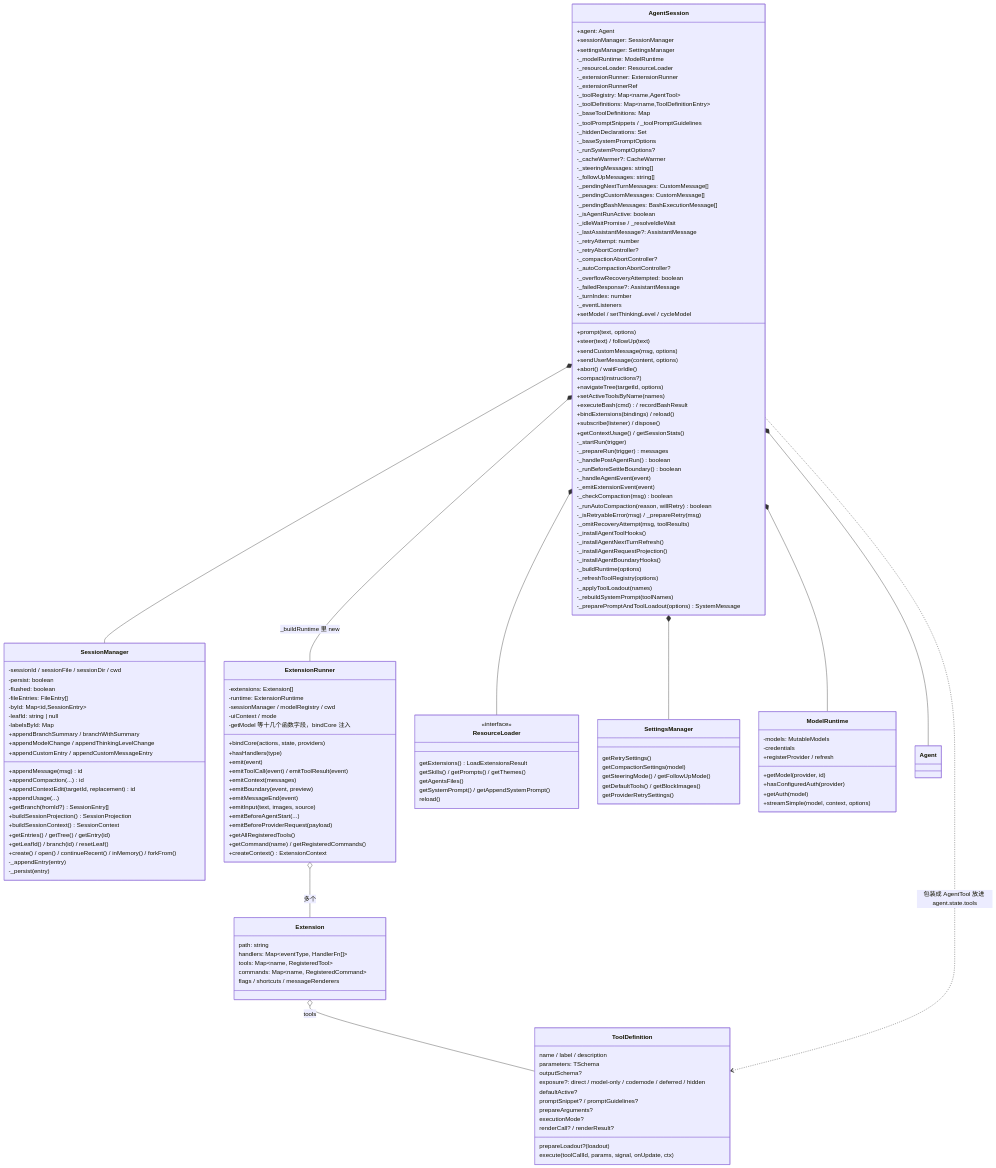
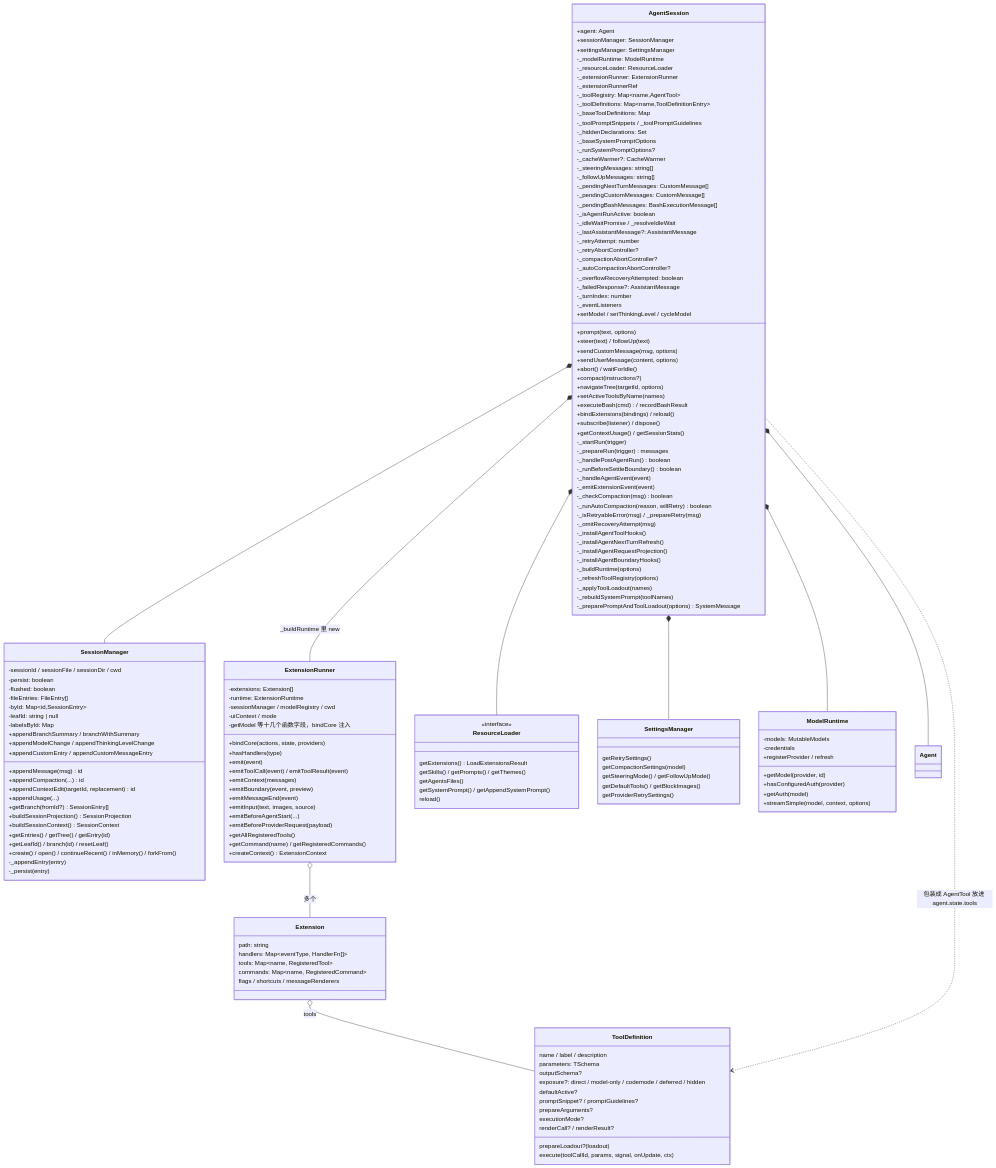
The seventh of 19 diagrams in src/content/post/agents-pi-mono/index.md (nickqiaoo/nickqiaoo.github.io), drawn with Mermaid before and after one commit. The commit also changed other lines of this file and 3 other files, not shown here.

```diff
--- a/src/content/post/agents-pi-mono/index.md
+++ b/src/content/post/agents-pi-mono/index.md
@@ -586,7 +588,7 @@
     -_checkCompaction(msg) boolean
     -_runAutoCompaction(reason, willRetry) boolean
     -_isRetryableError(msg) / _prepareRetry(msg)
-    -_omitRecoveryAttempt(msg, toolResults)
+    -_omitRecoveryAttempt(msg)
     -_installAgentToolHooks()
     -_installAgentNextTurnRefresh()
     -_installAgentRequestProjection()
```
